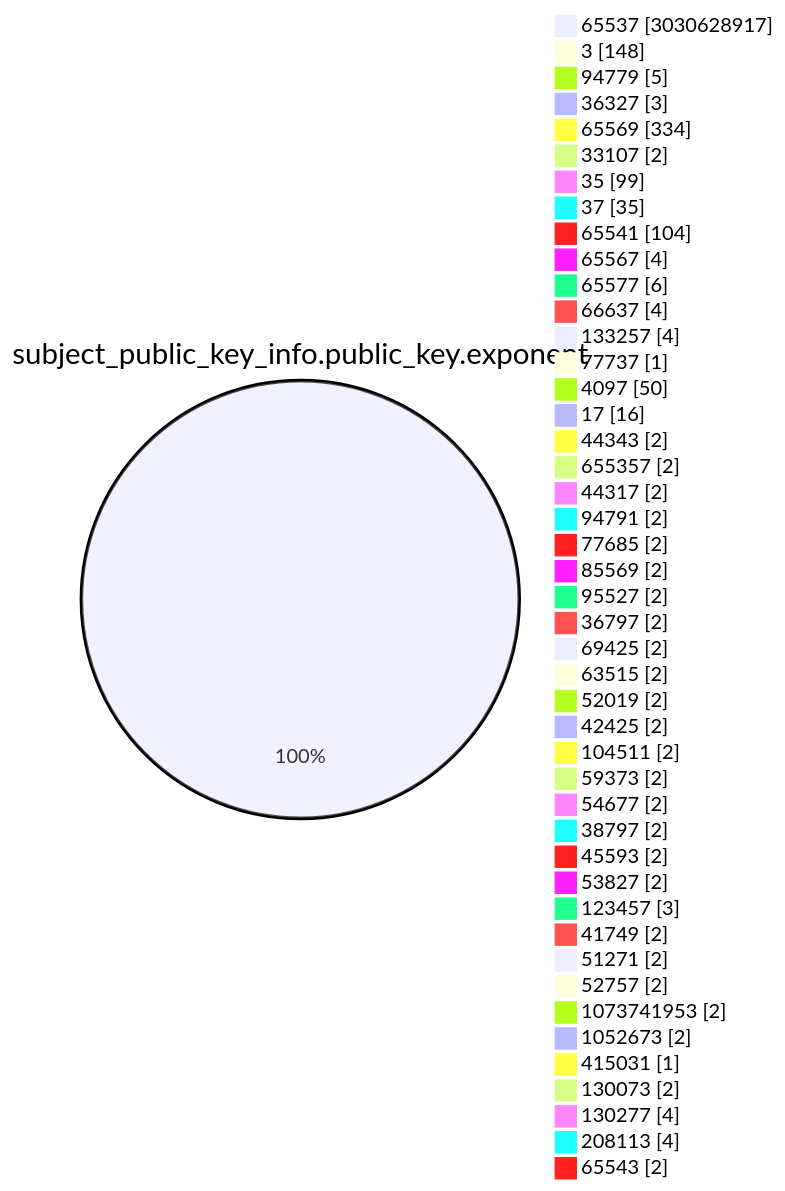
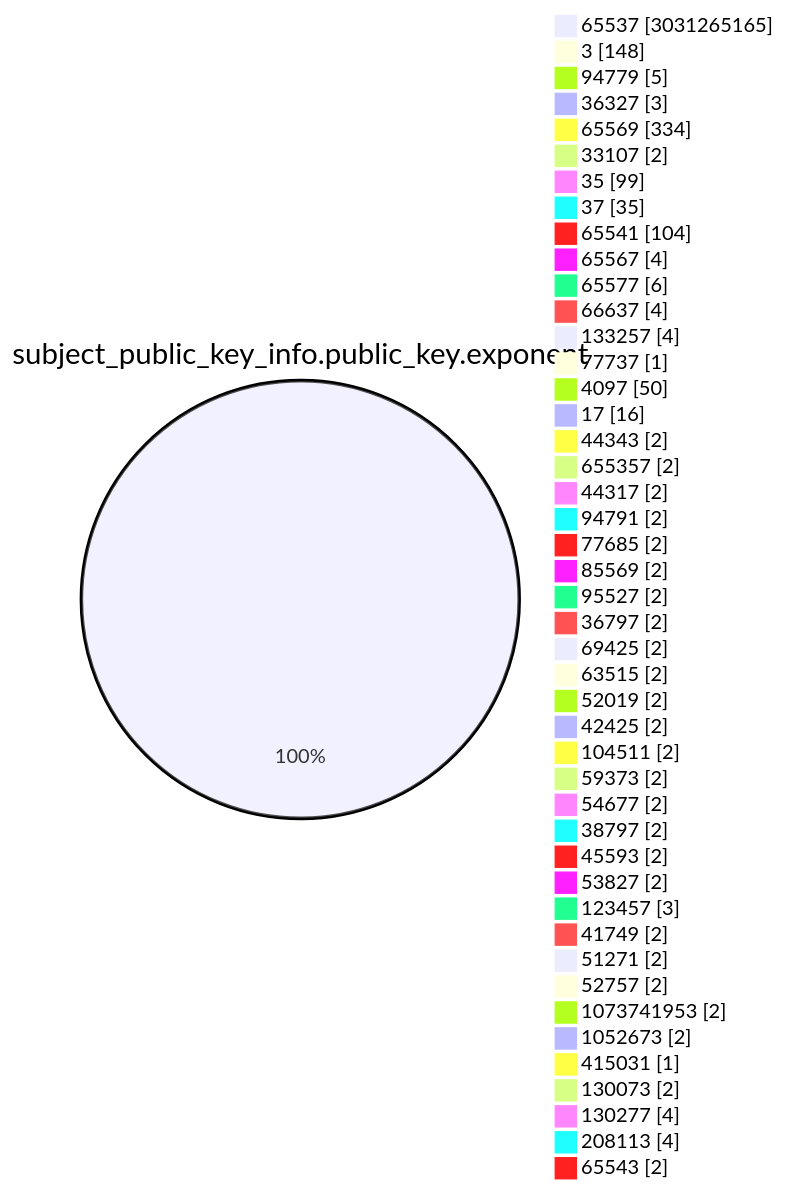
Before and after one commit to christiankrug/ctmonitor_visualization: the fourth of 15 diagrams in TOTAL/README.md, drawn with Mermaid. The commit also changed other lines of this file, not shown here.

````diff
--- a/TOTAL/README.md
+++ b/TOTAL/README.md
@@ -1473,49 +1473,49 @@
 ```mermaid
 pie showData
 title subject_public_key_info.public_key.exponent
-"65537" :3030628917
+"65537" :3031265165
 "3" :148
 "94779" :5
 "36327" :3
 "65569" :334
 "33107" :2
 "35" :99
 "37" :35
 "65541" :104
 "65567" :4
 "65577" :6
 "66637" :4
 "133257" :4
 "77737" :1
 "4097" :50
 "17" :16
 "44343" :2
 "655357" :2
 "44317" :2
 "94791" :2
 "77685" :2
 "85569" :2
 "95527" :2
 "36797" :2
 "69425" :2
 "63515" :2
 "52019" :2
 "42425" :2
 "104511" :2
 "59373" :2
 "54677" :2
 "38797" :2
 "45593" :2
 "53827" :2
 "123457" :3
 "41749" :2
 "51271" :2
 "52757" :2
 "1073741953" :2
 "1052673" :2
 "415031" :1
 "130073" :2
 "130277" :4
 "208113" :4
 "65543" :2
 ```
````
